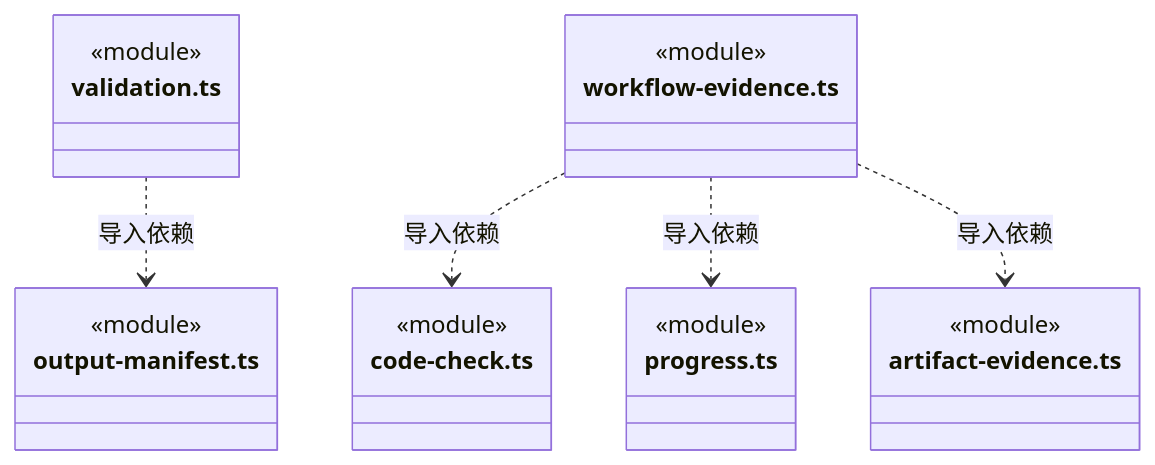
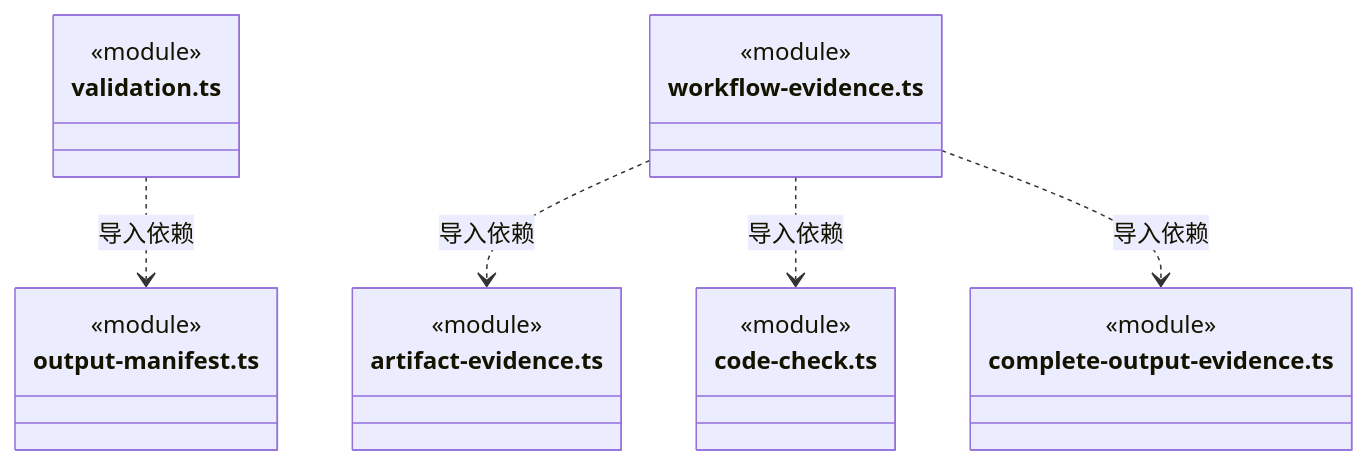
Diagram 44 of 46 in src/logic/evidence/rules/ARCHITECTURE.md (nan023062/cbim), drawn with Mermaid before and after one commit. The commit also changed other lines of this file and 112 other files, not shown here.

Commit message:
docs: align source architecture with current declarations and contracts

````diff
--- a/src/logic/evidence/rules/ARCHITECTURE.md
+++ b/src/logic/evidence/rules/ARCHITECTURE.md
@@ -1028,25 +1013,25 @@
 ```mermaid
 classDiagram
 class N_src_logic_evidence_rules_validation_ts["validation.ts"] {
   <<module>>
 }
 class N_src_logic_evidence_rules_output_manifest_ts["output-manifest.ts"] {
   <<module>>
 }
 class N_src_logic_evidence_rules_workflow_evidence_ts["workflow-evidence.ts"] {
   <<module>>
 }
+class N_src_logic_evidence_rules_artifact_evidence_ts["artifact-evidence.ts"] {
+  <<module>>
+}
 class N_src_logic_evidence_rules_code_check_ts["code-check.ts"] {
   <<module>>
 }
-class N_src_logic_evidence_rules_progress_ts["progress.ts"] {
-  <<module>>
-}
-class N_src_logic_evidence_rules_artifact_evidence_ts["artifact-evidence.ts"] {
+class N_src_logic_evidence_rules_complete_output_evidence_ts["complete-output-evidence.ts"] {
   <<module>>
 }
 N_src_logic_evidence_rules_validation_ts ..> N_src_logic_evidence_rules_output_manifest_ts : 导入依赖
+N_src_logic_evidence_rules_workflow_evidence_ts ..> N_src_logic_evidence_rules_artifact_evidence_ts : 导入依赖
 N_src_logic_evidence_rules_workflow_evidence_ts ..> N_src_logic_evidence_rules_code_check_ts : 导入依赖
-N_src_logic_evidence_rules_workflow_evidence_ts ..> N_src_logic_evidence_rules_progress_ts : 导入依赖
-N_src_logic_evidence_rules_workflow_evidence_ts ..> N_src_logic_evidence_rules_artifact_evidence_ts : 导入依赖
+N_src_logic_evidence_rules_workflow_evidence_ts ..> N_src_logic_evidence_rules_complete_output_evidence_ts : 导入依赖
 ```
````
